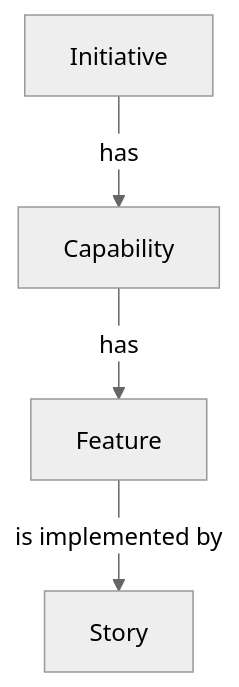
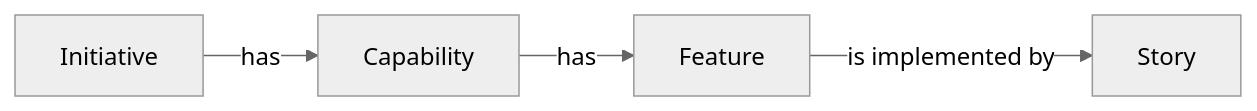
One commit to Oldranda1414/SP2PFL-ProjectManagement changed the diagram in docs/scoping.md. Above: the diagram before and after it, drawn with Mermaid (neutral theme).

Commit message:
change chart direction

````diff
--- a/docs/scoping.md
+++ b/docs/scoping.md
@@ -116,6 +116,6 @@
 ```mermaid
-flowchart TD
+flowchart LR
     Initiative-- has -->Capability
     Capability-- has -->Feature
     Feature-- is implemented by -->Story
 ```
````
